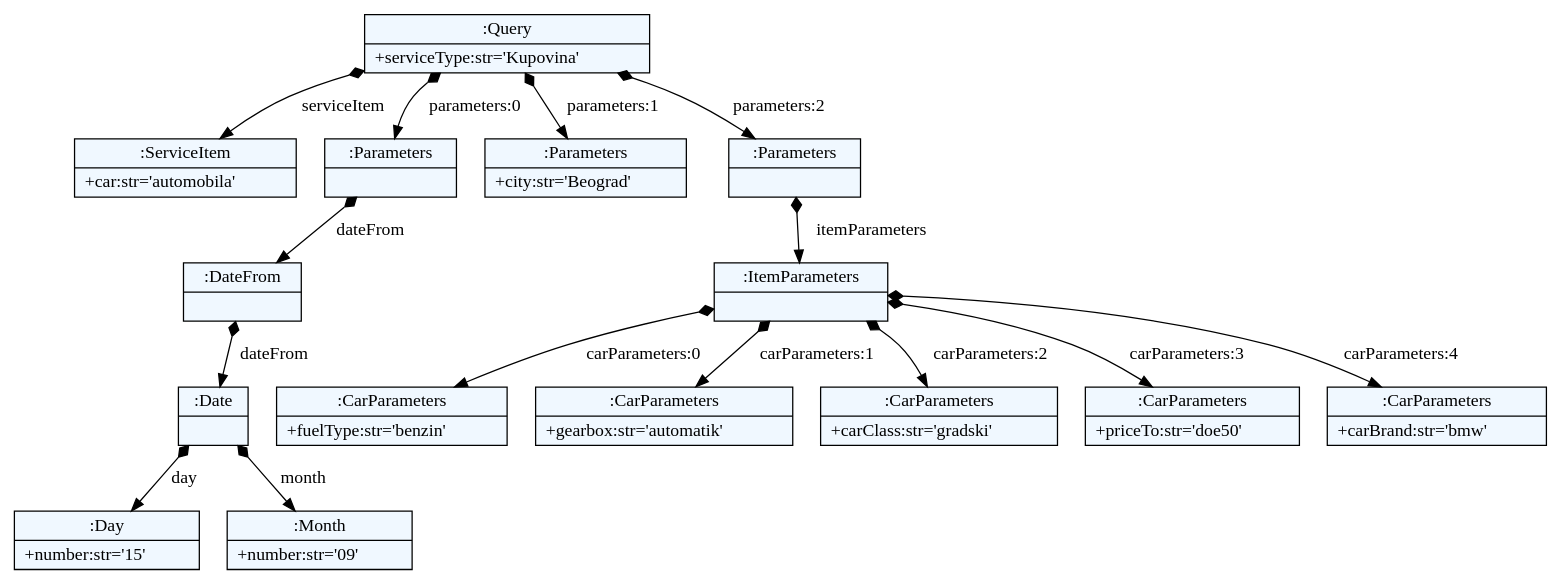
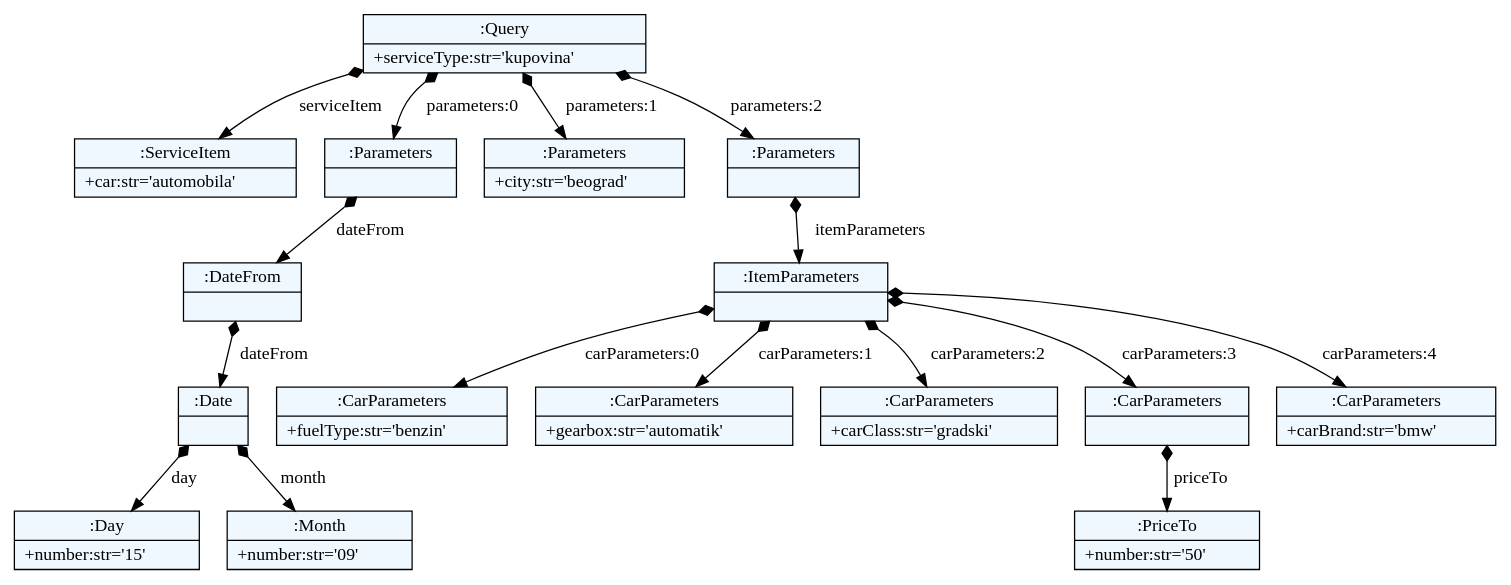
Before and after one commit to ftnE2-tim1-2016-17/jsd: the diagram in textXGrammar/test.dot, drawn with Graphviz. The commit also changed 7 other files, not shown here.

```diff
--- a/textXGrammar/test.dot
+++ b/textXGrammar/test.dot
@@ -1,44 +1,46 @@
 
     digraph xtext {
     fontname = "Bitstream Vera Sans"
     fontsize = 8
     node[
         shape=record,
         style=filled,
         fillcolor=aliceblue
     ]
     nodesep = 0.3
     edge[dir=black,arrowtail=empty]
 
 
-61929616 -> 61906320 [label="serviceItem" arrowtail=diamond dir=both]
-61906320[label="{:ServiceItem|+car:str='automobila'\l}"]
-61929616 -> 61905264 [label="parameters:0" arrowtail=diamond dir=both]
-61905264 -> 61906640 [label="dateFrom" arrowtail=diamond dir=both]
-61906640 -> 61942096 [label="dateFrom" arrowtail=diamond dir=both]
-61942096 -> 61942192 [label="day" arrowtail=diamond dir=both]
-61942192[label="{:Day|+number:str='15'\l}"]
-61942096 -> 61942320 [label="month" arrowtail=diamond dir=both]
-61942320[label="{:Month|+number:str='09'\l}"]
-61942096[label="{:Date|}"]
-61906640[label="{:DateFrom|}"]
-61905264[label="{:Parameters|}"]
-61929616 -> 61906736 [label="parameters:1" arrowtail=diamond dir=both]
-61906736[label="{:Parameters|+city:str='Beograd'\l}"]
-61929616 -> 61903248 [label="parameters:2" arrowtail=diamond dir=both]
-61903248 -> 61940464 [label="itemParameters" arrowtail=diamond dir=both]
-61940464 -> 61942352 [label="carParameters:0" arrowtail=diamond dir=both]
-61942352[label="{:CarParameters|+fuelType:str='benzin'\l}"]
-61940464 -> 61942384 [label="carParameters:1" arrowtail=diamond dir=both]
-61942384[label="{:CarParameters|+gearbox:str='automatik'\l}"]
-61940464 -> 61942416 [label="carParameters:2" arrowtail=diamond dir=both]
-61942416[label="{:CarParameters|+carClass:str='gradski'\l}"]
-61940464 -> 61942448 [label="carParameters:3" arrowtail=diamond dir=both]
-61942448[label="{:CarParameters|+priceTo:str='doe50'\l}"]
-61940464 -> 61942480 [label="carParameters:4" arrowtail=diamond dir=both]
-61942480[label="{:CarParameters|+carBrand:str='bmw'\l}"]
-61940464[label="{:ItemParameters|}"]
-61903248[label="{:Parameters|}"]
-61929616[label="{:Query|+serviceType:str='Kupovina'\l}"]
+60366672 -> 60365776 [label="serviceItem" arrowtail=diamond dir=both]
+60365776[label="{:ServiceItem|+car:str='automobila'\l}"]
+60366672 -> 60366192 [label="parameters:0" arrowtail=diamond dir=both]
+60366192 -> 60366736 [label="dateFrom" arrowtail=diamond dir=both]
+60366736 -> 60366768 [label="dateFrom" arrowtail=diamond dir=both]
+60366768 -> 60365936 [label="day" arrowtail=diamond dir=both]
+60365936[label="{:Day|+number:str='15'\l}"]
+60366768 -> 60366224 [label="month" arrowtail=diamond dir=both]
+60366224[label="{:Month|+number:str='09'\l}"]
+60366768[label="{:Date|}"]
+60366736[label="{:DateFrom|}"]
+60366192[label="{:Parameters|}"]
+60366672 -> 60366160 [label="parameters:1" arrowtail=diamond dir=both]
+60366160[label="{:Parameters|+city:str='beograd'\l}"]
+60366672 -> 60365296 [label="parameters:2" arrowtail=diamond dir=both]
+60365296 -> 60365264 [label="itemParameters" arrowtail=diamond dir=both]
+60365264 -> 60365488 [label="carParameters:0" arrowtail=diamond dir=both]
+60365488[label="{:CarParameters|+fuelType:str='benzin'\l}"]
+60365264 -> 60365904 [label="carParameters:1" arrowtail=diamond dir=both]
+60365904[label="{:CarParameters|+gearbox:str='automatik'\l}"]
+60365264 -> 60365456 [label="carParameters:2" arrowtail=diamond dir=both]
+60365456[label="{:CarParameters|+carClass:str='gradski'\l}"]
+60365264 -> 60366288 [label="carParameters:3" arrowtail=diamond dir=both]
+60366288 -> 60365136 [label="priceTo" arrowtail=diamond dir=both]
+60365136[label="{:PriceTo|+number:str='50'\l}"]
+60366288[label="{:CarParameters|}"]
+60365264 -> 60366128 [label="carParameters:4" arrowtail=diamond dir=both]
+60366128[label="{:CarParameters|+carBrand:str='bmw'\l}"]
+60365264[label="{:ItemParameters|}"]
+60365296[label="{:Parameters|}"]
+60366672[label="{:Query|+serviceType:str='kupovina'\l}"]
 
 }
```
